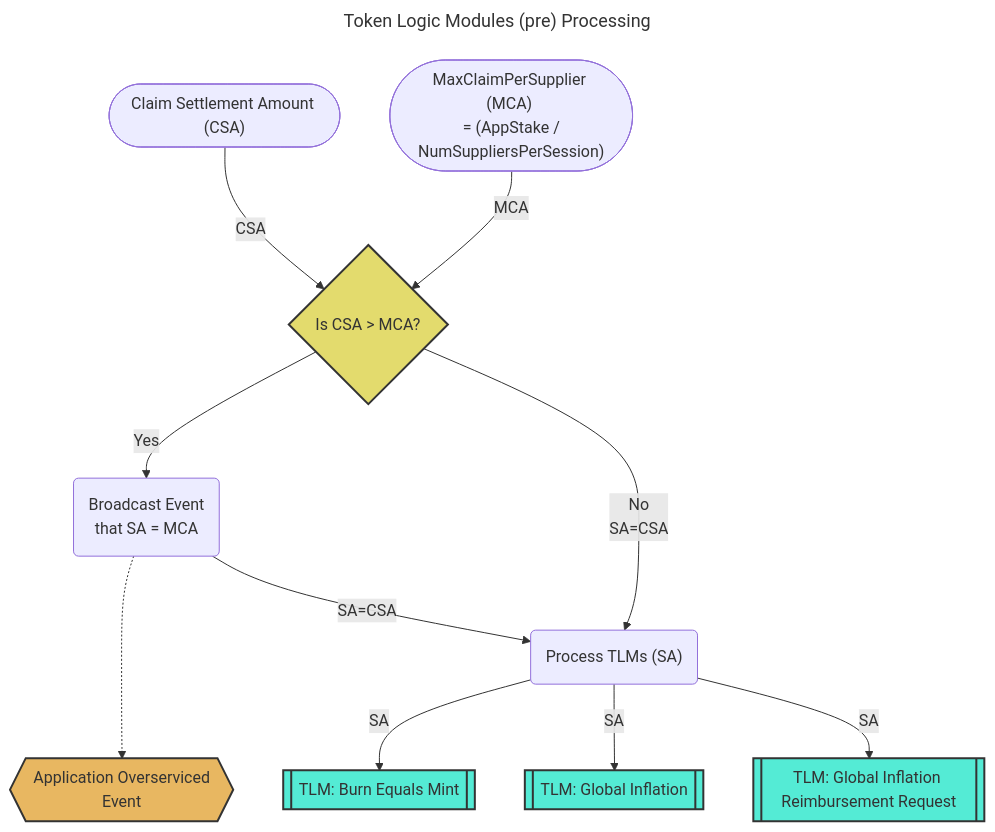
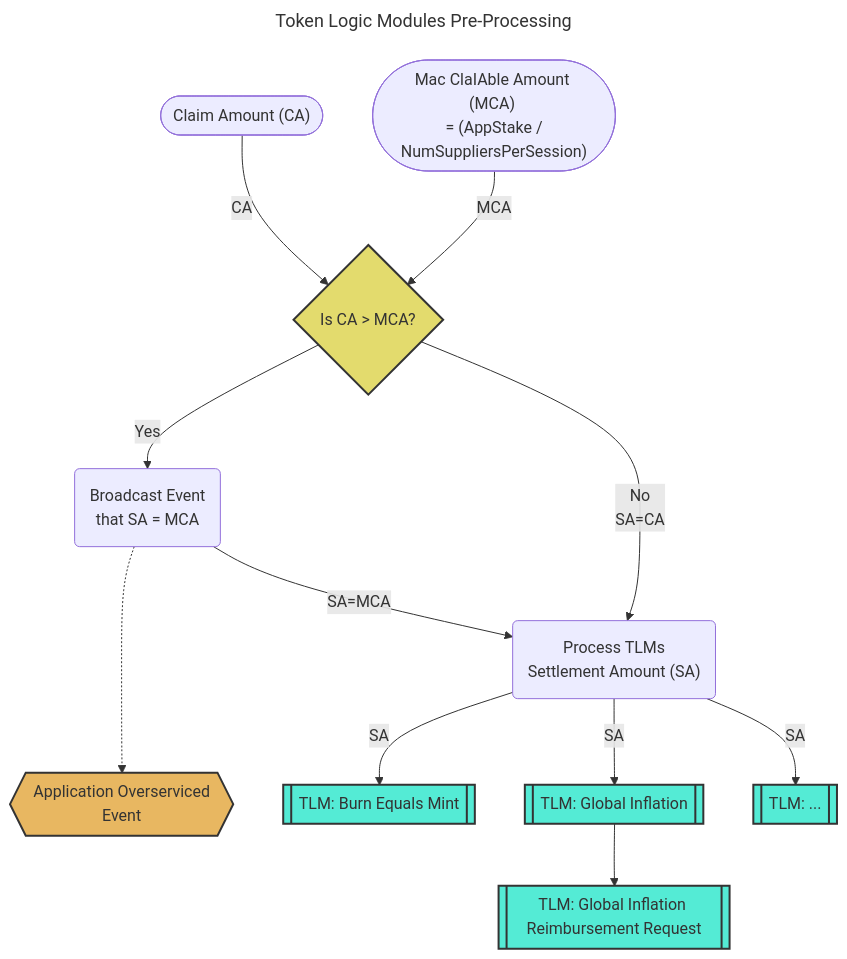
The first of 6 diagrams in docusaurus/docs/protocol/tokenomics/token_logic_modules.md (pokt-network/poktroll), drawn with Mermaid before and after one commit. The commit also changed other lines of this file, not shown here.

````diff
--- a/docusaurus/docs/protocol/tokenomics/token_logic_modules.md
+++ b/docusaurus/docs/protocol/tokenomics/token_logic_modules.md
@@ -68,32 +83,33 @@
 ```mermaid
 ---
-title: "Token Logic Modules (pre) Processing"
+title: "Token Logic Modules Pre-Processing"
 ---
 flowchart TB
-    CSA(["Claim Settlement Amount (CSA)"])
-    MCA(["MaxClaimPerSupplier (MCA) <br> = (AppStake / NumSuppliersPerSession)"])
-    CC{"Is CSA > MCA?"}
+    CA(["Claim Amount (CA)"])
+    MCA(["Mac ClaIAble Amount (MCA) <br> = (AppStake / NumSuppliersPerSession)"])
+    CC{"Is CA > MCA?"}
     Update(Broadcast Event <br> that SA = MCA)
     SOAE{{Application Overserviced <br> Event}}
-    TLMP("Process TLMs (SA)")
+    TLMP("Process TLMs <br> Settlement Amount (SA)")
 
-    CSA -- CSA --> CC
+    CA -- CA --> CC
     MCA -- MCA --> CC
 
     Update -..-> SOAE
     CC -- Yes --> Update
-    CC -- No<br>SA=CSA --> TLMP
-    Update -- SA=CSA --> TLMP
+    CC -- No<br>SA=CA --> TLMP
+    Update -- SA=MCA --> TLMP
 
     TLMP --SA--> TLMBEM[[TLM: Burn Equals Mint]]
     TLMP --SA--> TLMGI[[TLM: Global Inflation]]
-    TLMP --SA--> TLMGIRR[[TLM: Global Inflation Reimbursement Request]]
+    TLMP --SA--> TLMO[[TLM: ...]]
+    TLMGI --> TLMGIRR[[TLM: Global Inflation Reimbursement Request]]
 
     classDef tlm fill:#54ebd5,stroke:#333,stroke-width:2px;
     classDef question fill:#e3db6d,stroke:#333,stroke-width:2px;
     classDef event fill:#e8b761,stroke:#333,stroke-width:2px;
 
-    class TLMBEM,TLMGI,TLMGIRR tlm;
+    class TLMBEM,TLMGI,TLMGIRR,TLMO tlm;
     class SOAE event;
     class CC question;
 ```
````
